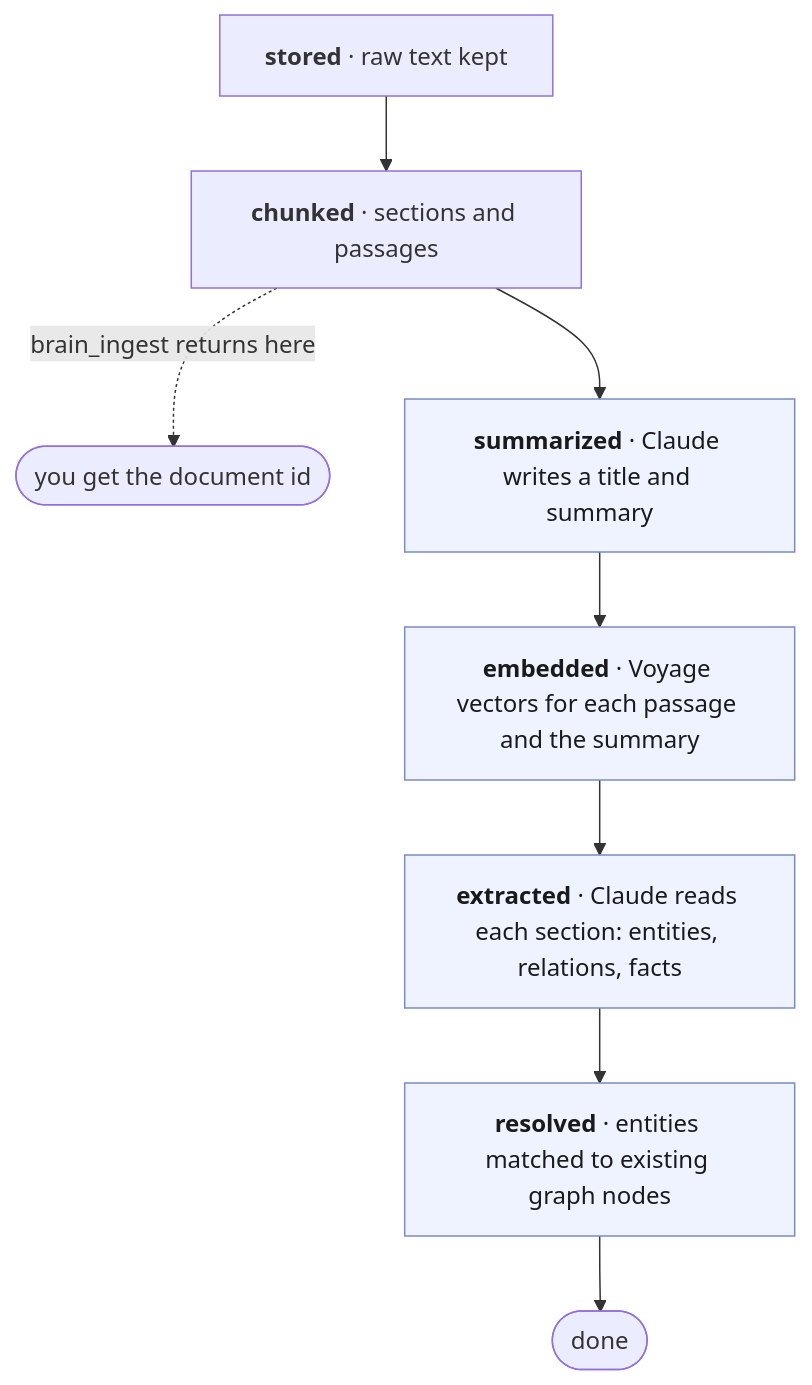
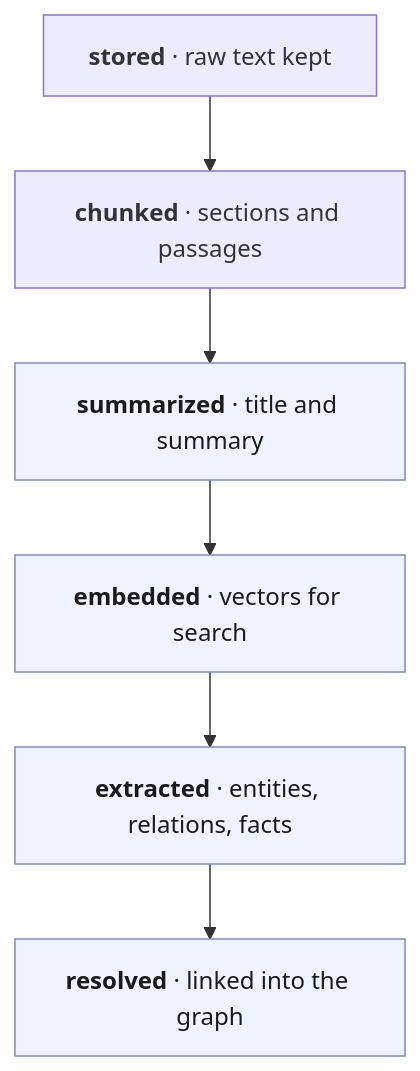
Before and after one commit to frankf1747/Brain: the first of 3 diagrams in README.md, drawn with Mermaid. The commit also changed other lines of this file, not shown here.

````diff
--- a/README.md
+++ b/README.md
@@ -36,12 +37,10 @@
 ```mermaid
 flowchart TB
     A["<b>stored</b> · raw text kept"] --> B["<b>chunked</b> · sections and passages"]
-    B -. "brain_ingest returns here" .-> R(["you get the document id"])
-    B --> C["<b>summarized</b> · Claude writes a title and summary"]
-    C --> D["<b>embedded</b> · Voyage vectors for each passage and the summary"]
-    D --> E["<b>extracted</b> · Claude reads each section: entities, relations, facts"]
-    E --> F["<b>resolved</b> · entities matched to existing graph nodes"]
-    F --> G(["done"])
+    B --> C["<b>summarized</b> · title and summary"]
+    C --> D["<b>embedded</b> · vectors for search"]
+    D --> E["<b>extracted</b> · entities, relations, facts"]
+    E --> F["<b>resolved</b> · linked into the graph"]
     classDef bg fill:#eef3ff,stroke:#7a8cc2,color:#1a1a1a
     class C,D,E,F bg
 ```
````
